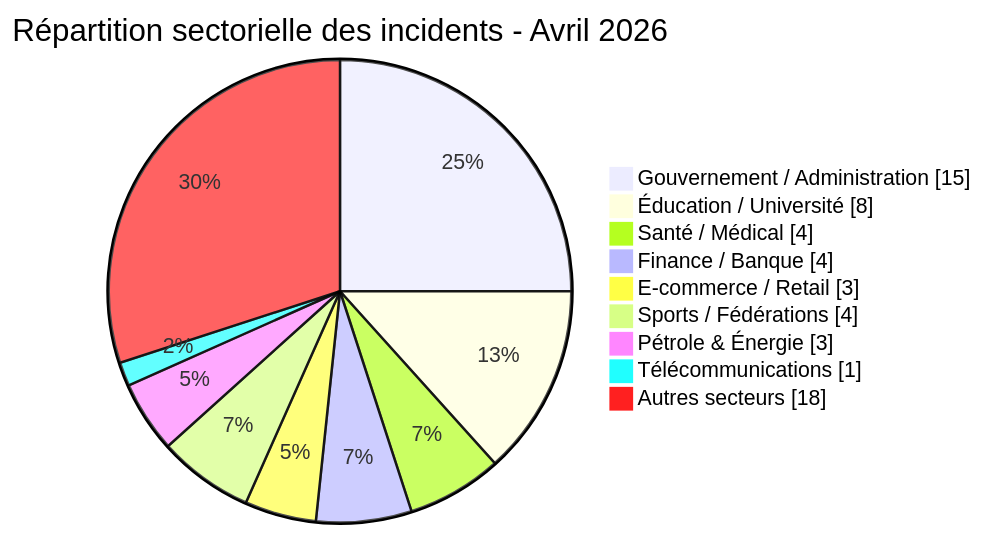
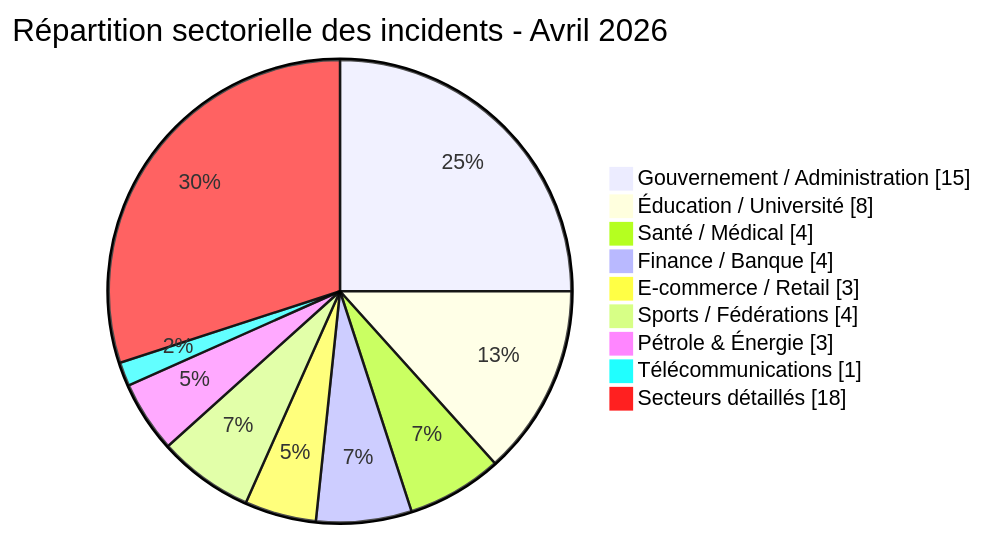
Before and after one commit to Hatchepsoute/AFRINTEL: the fourth of 5 diagrams in CyberAttackAfrica/2026/04-april/README_FR.md, drawn with Mermaid. The commit also changed other lines of this file and 39 other files, not shown here.

````diff
--- a/CyberAttackAfrica/2026/04-april/README_FR.md
+++ b/CyberAttackAfrica/2026/04-april/README_FR.md
@@ -230,13 +230,13 @@
 ```mermaid
 pie showData
  title Répartition sectorielle des incidents - Avril 2026
  "Gouvernement / Administration" : 15
  "Éducation / Université" : 8
  "Santé / Médical" : 4
  "Finance / Banque" : 4
  "E-commerce / Retail" : 3
  "Sports / Fédérations" : 4
  "Pétrole & Énergie" : 3
  "Télécommunications" : 1
- "Autres secteurs" : 18
+ "Secteurs détaillés" : 18
 ```
````
